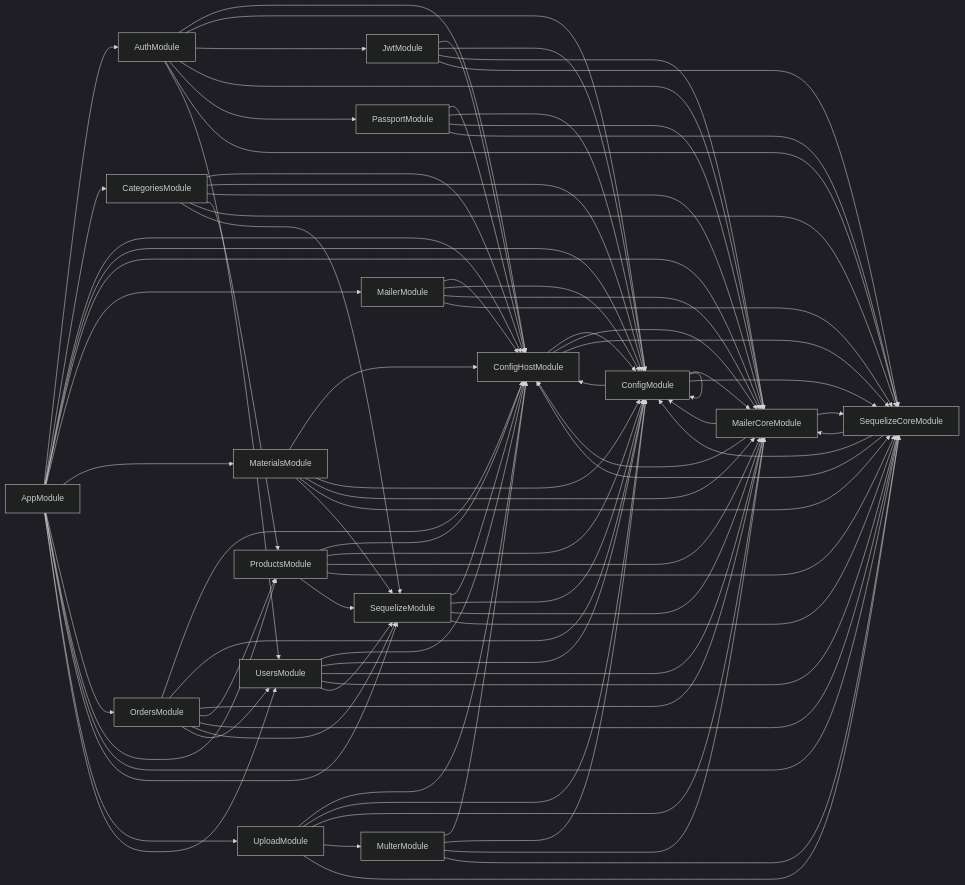
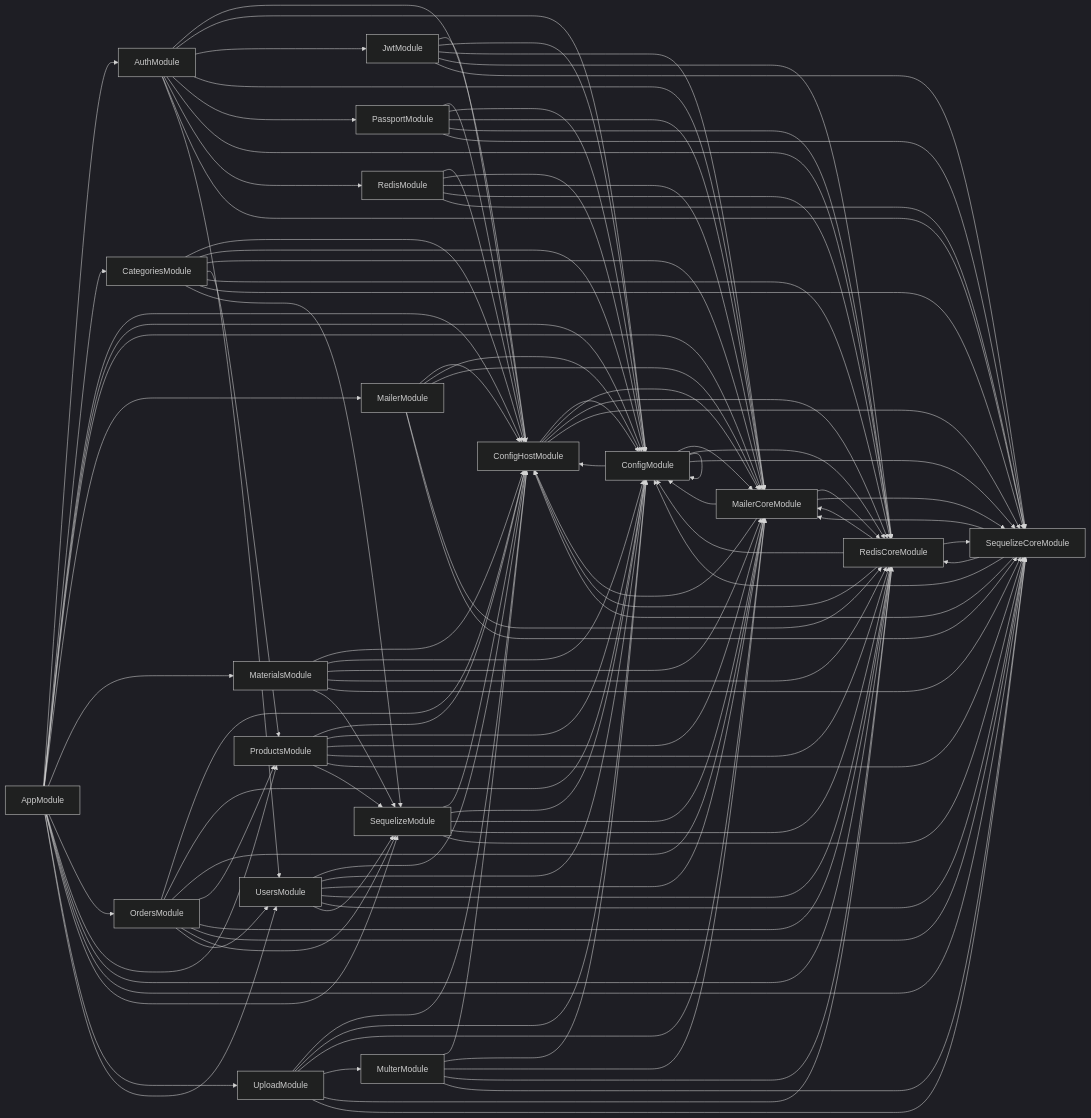
The diagram in deps.mermaid (csc13001-kafi/csc13001-kafi-server), drawn with Mermaid (dark theme) before and after one commit. The commit also changed 6 other files, not shown here.

```diff
--- a/deps.mermaid
+++ b/deps.mermaid
@@ -1,87 +1,114 @@
 graph LR
     AppModule-->AuthModule
   AppModule-->CategoriesModule
   AppModule-->ConfigHostModule
   AppModule-->ConfigModule
   AppModule-->MailerCoreModule
   AppModule-->MailerModule
   AppModule-->MaterialsModule
   AppModule-->OrdersModule
   AppModule-->ProductsModule
+  AppModule-->RedisCoreModule
   AppModule-->SequelizeCoreModule
   AppModule-->SequelizeModule
   AppModule-->UploadModule
   AppModule-->UsersModule
   AuthModule-->ConfigHostModule
   AuthModule-->ConfigModule
   AuthModule-->JwtModule
   AuthModule-->MailerCoreModule
   AuthModule-->PassportModule
+  AuthModule-->RedisCoreModule
+  AuthModule-->RedisModule
   AuthModule-->SequelizeCoreModule
   AuthModule-->UsersModule
   CategoriesModule-->ConfigHostModule
   CategoriesModule-->ConfigModule
   CategoriesModule-->MailerCoreModule
   CategoriesModule-->ProductsModule
+  CategoriesModule-->RedisCoreModule
   CategoriesModule-->SequelizeCoreModule
   CategoriesModule-->SequelizeModule
   ConfigHostModule-->ConfigModule
   ConfigHostModule-->MailerCoreModule
+  ConfigHostModule-->RedisCoreModule
   ConfigHostModule-->SequelizeCoreModule
   ConfigModule-->ConfigHostModule
   ConfigModule-->ConfigModule
   ConfigModule-->MailerCoreModule
+  ConfigModule-->RedisCoreModule
   ConfigModule-->SequelizeCoreModule
   JwtModule-->ConfigHostModule
   JwtModule-->ConfigModule
   JwtModule-->MailerCoreModule
+  JwtModule-->RedisCoreModule
   JwtModule-->SequelizeCoreModule
   MailerCoreModule-->ConfigHostModule
   MailerCoreModule-->ConfigModule
+  MailerCoreModule-->RedisCoreModule
   MailerCoreModule-->SequelizeCoreModule
   MailerModule-->ConfigHostModule
   MailerModule-->ConfigModule
   MailerModule-->MailerCoreModule
+  MailerModule-->RedisCoreModule
   MailerModule-->SequelizeCoreModule
   MaterialsModule-->ConfigHostModule
   MaterialsModule-->ConfigModule
   MaterialsModule-->MailerCoreModule
+  MaterialsModule-->RedisCoreModule
   MaterialsModule-->SequelizeCoreModule
   MaterialsModule-->SequelizeModule
   MulterModule-->ConfigHostModule
   MulterModule-->ConfigModule
   MulterModule-->MailerCoreModule
+  MulterModule-->RedisCoreModule
   MulterModule-->SequelizeCoreModule
   OrdersModule-->ConfigHostModule
   OrdersModule-->ConfigModule
   OrdersModule-->MailerCoreModule
   OrdersModule-->ProductsModule
+  OrdersModule-->RedisCoreModule
   OrdersModule-->SequelizeCoreModule
   OrdersModule-->SequelizeModule
   OrdersModule-->UsersModule
   PassportModule-->ConfigHostModule
   PassportModule-->ConfigModule
   PassportModule-->MailerCoreModule
+  PassportModule-->RedisCoreModule
   PassportModule-->SequelizeCoreModule
   ProductsModule-->ConfigHostModule
   ProductsModule-->ConfigModule
   ProductsModule-->MailerCoreModule
+  ProductsModule-->RedisCoreModule
   ProductsModule-->SequelizeCoreModule
   ProductsModule-->SequelizeModule
+  RedisCoreModule-->ConfigHostModule
+  RedisCoreModule-->ConfigModule
+  RedisCoreModule-->MailerCoreModule
+  RedisCoreModule-->SequelizeCoreModule
+  RedisModule-->ConfigHostModule
+  RedisModule-->ConfigModule
+  RedisModule-->MailerCoreModule
+  RedisModule-->RedisCoreModule
+  RedisModule-->SequelizeCoreModule
   SequelizeCoreModule-->ConfigHostModule
   SequelizeCoreModule-->ConfigModule
   SequelizeCoreModule-->MailerCoreModule
+  SequelizeCoreModule-->RedisCoreModule
   SequelizeModule-->ConfigHostModule
   SequelizeModule-->ConfigModule
   SequelizeModule-->MailerCoreModule
+  SequelizeModule-->RedisCoreModule
   SequelizeModule-->SequelizeCoreModule
   UploadModule-->ConfigHostModule
   UploadModule-->ConfigModule
   UploadModule-->MailerCoreModule
   UploadModule-->MulterModule
+  UploadModule-->RedisCoreModule
   UploadModule-->SequelizeCoreModule
   UsersModule-->ConfigHostModule
   UsersModule-->ConfigModule
   UsersModule-->MailerCoreModule
+  UsersModule-->RedisCoreModule
   UsersModule-->SequelizeCoreModule
   UsersModule-->SequelizeModule
```
